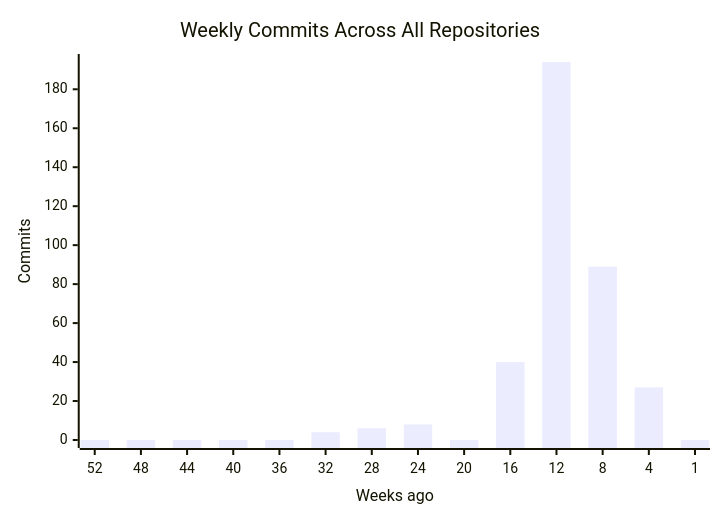
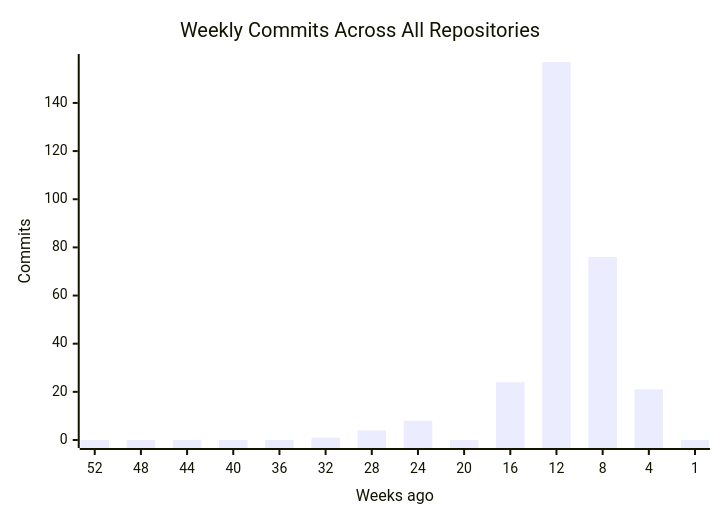
One commit to CSTH-Projects/.github changed the first of 4 diagrams in profile/README.md. Above: the diagram before and after it, drawn with Mermaid. The commit also changed other lines of this file, not shown here.

````diff
--- a/profile/README.md
+++ b/profile/README.md
@@ -16,7 +16,7 @@
 ```mermaid
 xychart-beta
     title "Weekly Commits Across All Repositories"
     x-axis "Weeks ago" [52, 48, 44, 40, 36, 32, 28, 24, 20, 16, 12, 8, 4, 1]
     y-axis "Commits"
-    bar [0, 0, 0, 0, 0, 4, 6, 8, 0, 40, 194, 89, 27, 0]
+    bar [0, 0, 0, 0, 0, 1, 4, 8, 0, 24, 157, 76, 21, 0]
 ```
````
